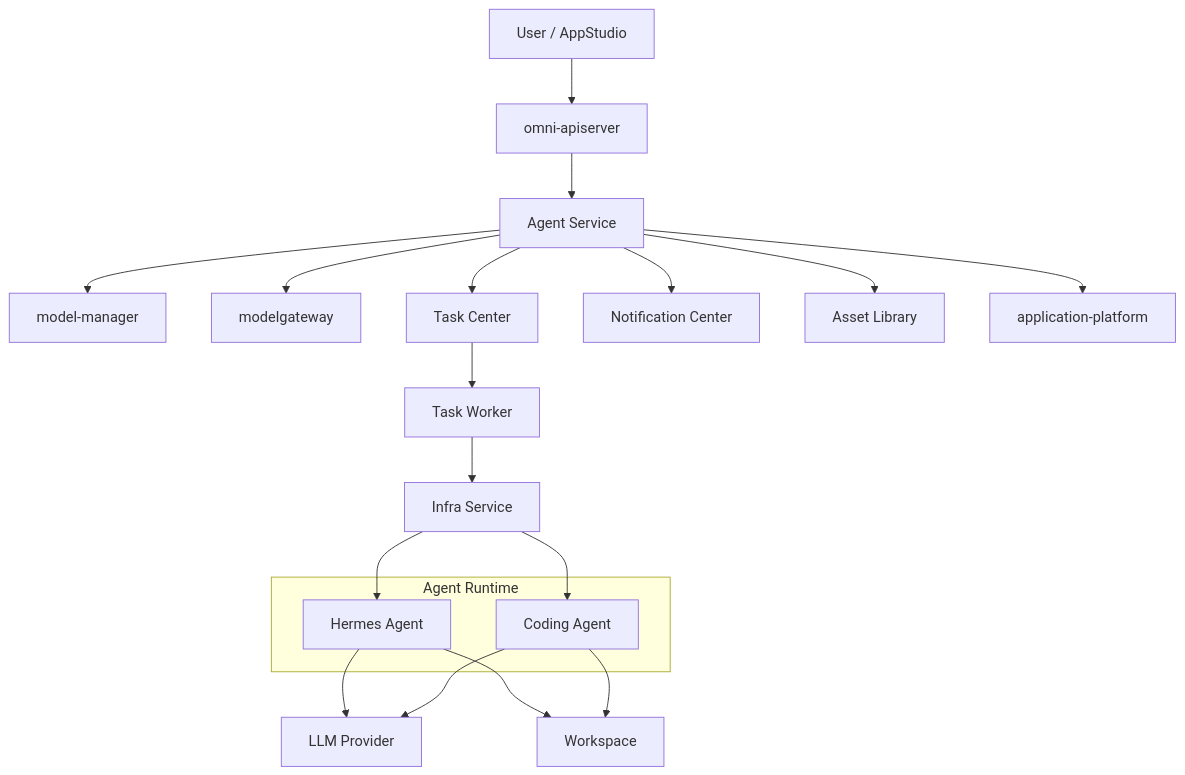
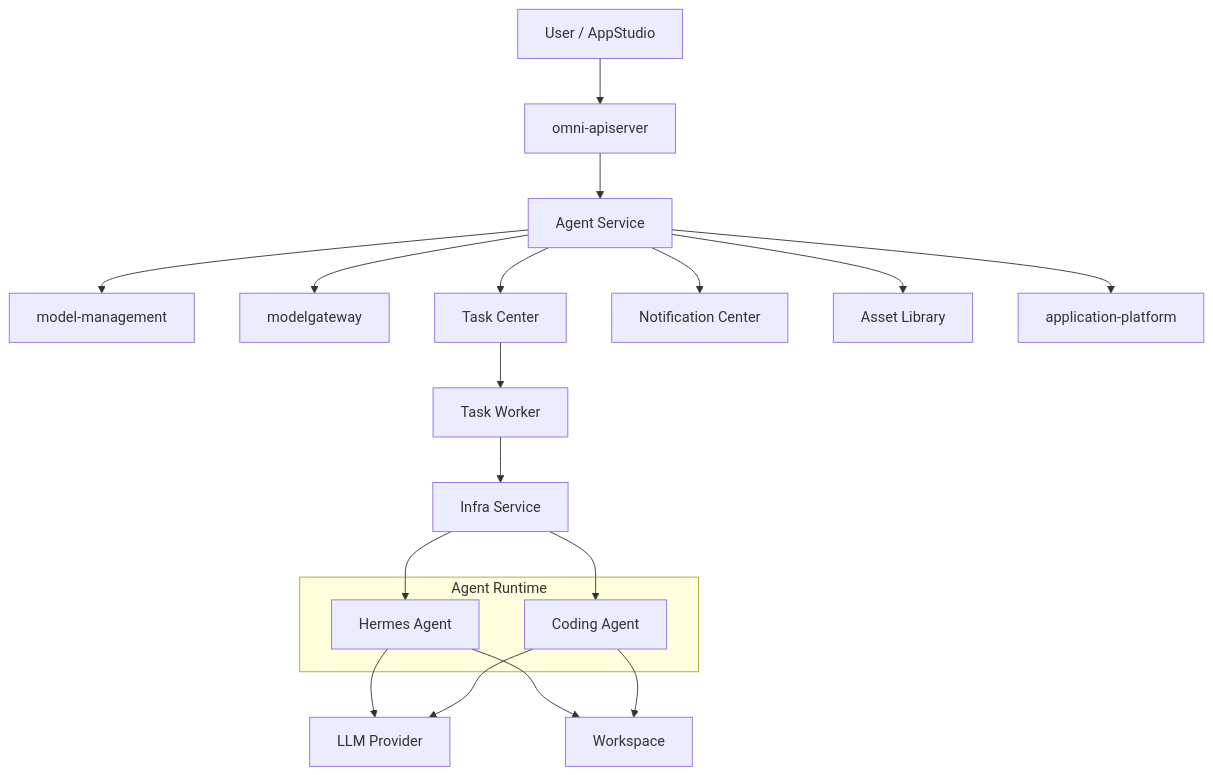
The second of 9 diagrams in 00_product/domains/agent/product-spec.md (wangweihong/omnimam-spec), drawn with Mermaid before and after one commit. The commit also changed other lines of this file and 38 other files, not shown here.

````diff
--- a/00_product/domains/agent/product-spec.md
+++ b/00_product/domains/agent/product-spec.md
@@ -253,44 +253,44 @@
 ```mermaid
 flowchart TB
     USER[User / AppStudio]
     API[omni-apiserver]
 
     AS[Agent Service]
-    MM[model-manager]
+    MM[model-management]
     MG[modelgateway]
     TC[Task Center]
     WORKER[Task Worker]
     INFRA[Infra Service]
     NOTICE[Notification Center]
     ASSET[Asset Library]
     APP[application-platform]
 
     subgraph Runtime["Agent Runtime"]
         HERMES[Hermes Agent]
         CODING[Coding Agent]
     end
 
     LLM[LLM Provider]
     WS[Workspace]
 
     USER --> API
     API --> AS
 
     AS --> MM
     AS --> MG
     AS --> TC
     TC --> WORKER
     WORKER --> INFRA
     AS --> NOTICE
     AS --> ASSET
     AS --> APP
 
     INFRA --> HERMES
     INFRA --> CODING
 
     HERMES --> LLM
     CODING --> LLM
 
     HERMES --> WS
     CODING --> WS
 ```
````
